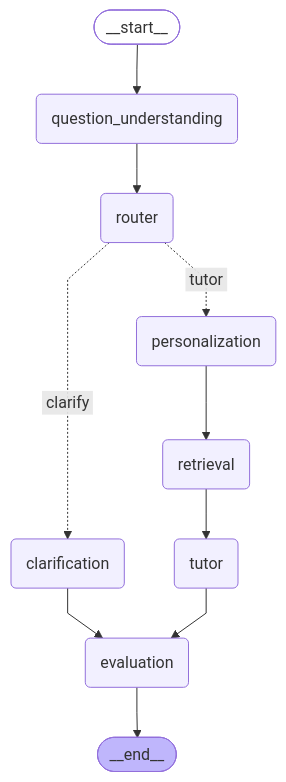
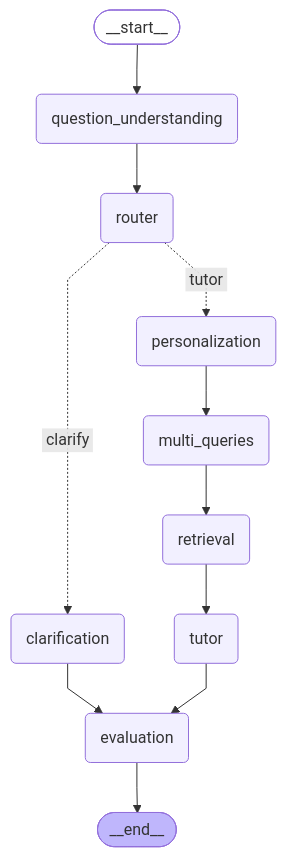
The diagram in tutor_graph.mmd (tariqmagsi/agentic-ai-tutor), drawn with Mermaid before and after one commit. The commit also changed 24 other files, not shown here.

```diff
--- a/tutor_graph.mmd
+++ b/tutor_graph.mmd
@@ -1,27 +1,29 @@
 ---
 config:
   flowchart:
     curve: linear
 ---
 graph TD;
 	__start__([<p>__start__</p>]):::first
 	question_understanding(question_understanding)
 	personalization(personalization)
 	router(router)
 	clarification(clarification)
 	retrieval(retrieval)
 	tutor(tutor)
 	evaluation(evaluation)
+	multi_queries(multi_queries)
 	__end__([<p>__end__</p>]):::last
 	__start__ --> question_understanding;
 	clarification --> evaluation;
-	personalization --> retrieval;
+	multi_queries --> retrieval;
+	personalization --> multi_queries;
 	question_understanding --> router;
 	retrieval --> tutor;
 	router -. &nbsp;clarify&nbsp; .-> clarification;
 	router -. &nbsp;tutor&nbsp; .-> personalization;
 	tutor --> evaluation;
 	evaluation --> __end__;
 	classDef default fill:#f2f0ff,line-height:1.2
 	classDef first fill-opacity:0
 	classDef last fill:#bfb6fc
```
